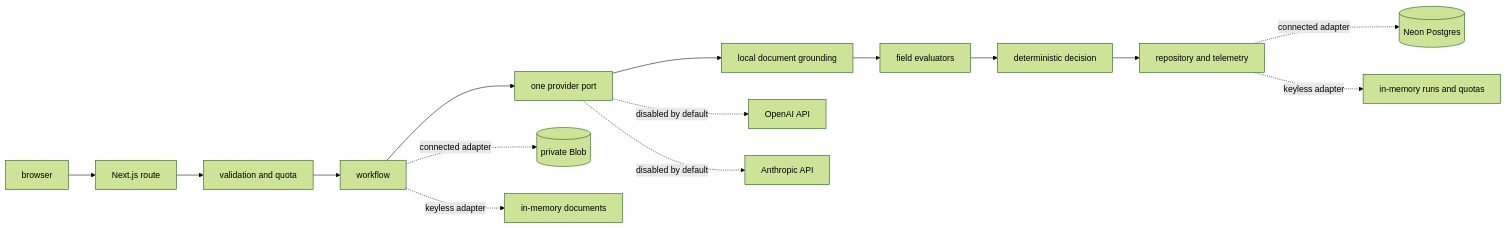
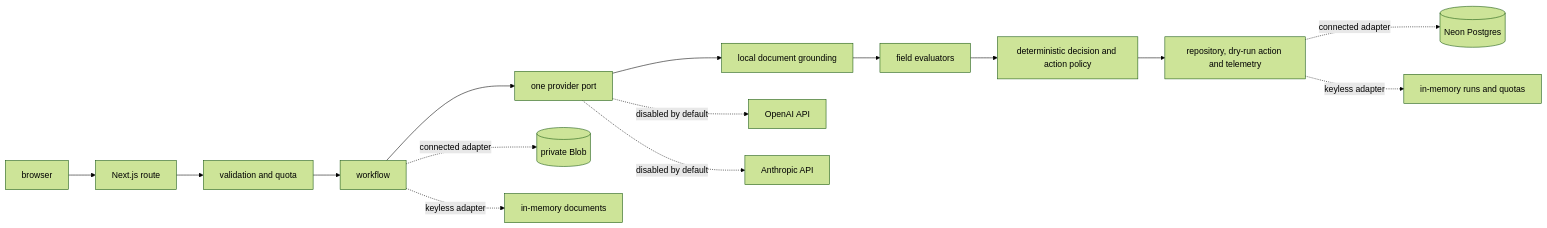
The diagram in docs/architecture.md (nicodelasc/document-intelligence-assurance-hub), drawn with Mermaid (forest theme) before and after one commit. The commit also changed other lines of this file and 14 other files, not shown here.

````diff
--- a/docs/architecture.md
+++ b/docs/architecture.md
@@ -5,18 +5,18 @@
 ```mermaid
 flowchart LR
   Browser[browser] --> Route[Next.js route]
   Route --> Gate[validation and quota]
   Gate --> Workflow[workflow]
   Workflow --> Provider[one provider port]
   Provider --> Grounding[local document grounding]
   Grounding --> Evaluators[field evaluators]
-  Evaluators --> Decision[deterministic decision]
-  Decision --> Repository[repository and telemetry]
+  Evaluators --> Decision[deterministic decision and action policy]
+  Decision --> Repository[repository, dry-run action and telemetry]
 
   Workflow -. connected adapter .-> Blob[(private Blob)]
   Repository -. connected adapter .-> Neon[(Neon Postgres)]
   Workflow -. keyless adapter .-> MemoryDocs[in-memory documents]
   Repository -. keyless adapter .-> MemoryRuns[in-memory runs and quotas]
   Provider -. disabled by default .-> OpenAI[OpenAI API]
   Provider -. disabled by default .-> Anthropic[Anthropic API]
 ```
````
